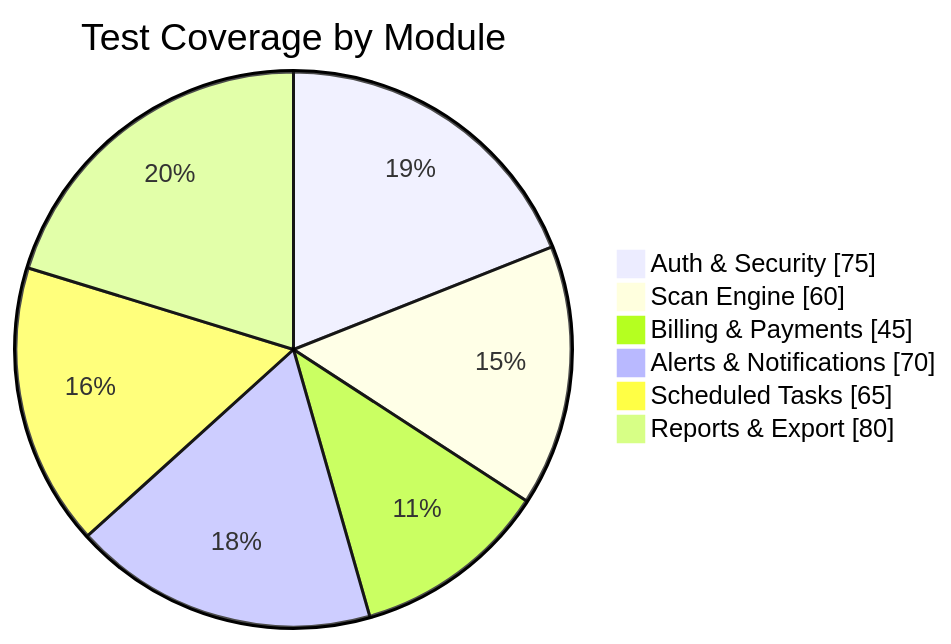
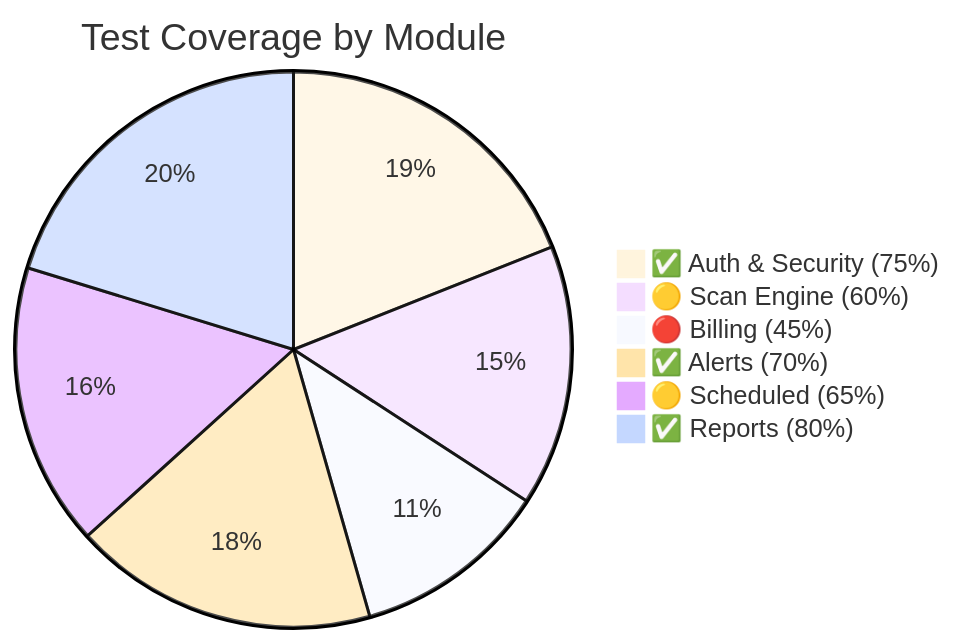
One commit to Khan-Feroz211/MyCyber-Project changed the third of 6 diagrams in README.md. Above: the diagram before and after it, drawn with Mermaid. The commit also changed other lines of this file, not shown here.

Commit message:
docs: fix mermaid diagrams for GitHub rendering (pie chart + latency graph)

````diff
--- a/README.md
+++ b/README.md
@@ -151,10 +161,11 @@
 ```mermaid
-pie showData
+%%{init: {'theme': 'base'}}%%
+pie
     title Test Coverage by Module
-    "Auth & Security" : 75
-    "Scan Engine" : 60
-    "Billing & Payments" : 45
-    "Alerts & Notifications" : 70
-    "Scheduled Tasks" : 65
-    "Reports & Export" : 80
+    "✅ Auth & Security (75%)" : 75
+    "🟡 Scan Engine (60%)" : 60
+    "🔴 Billing (45%)" : 45
+    "✅ Alerts (70%)" : 70
+    "🟡 Scheduled (65%)" : 65
+    "✅ Reports (80%)" : 80
 ```
````
